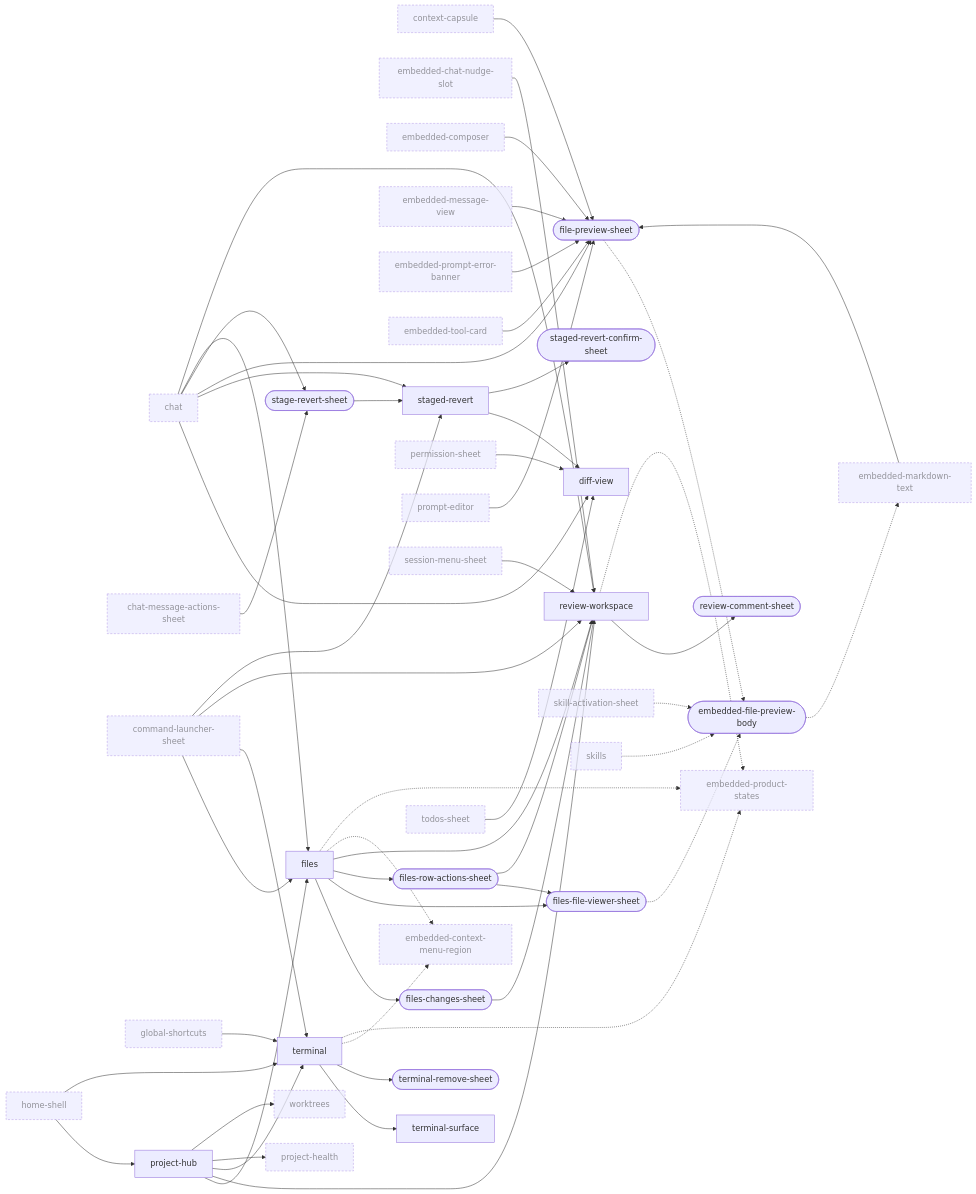
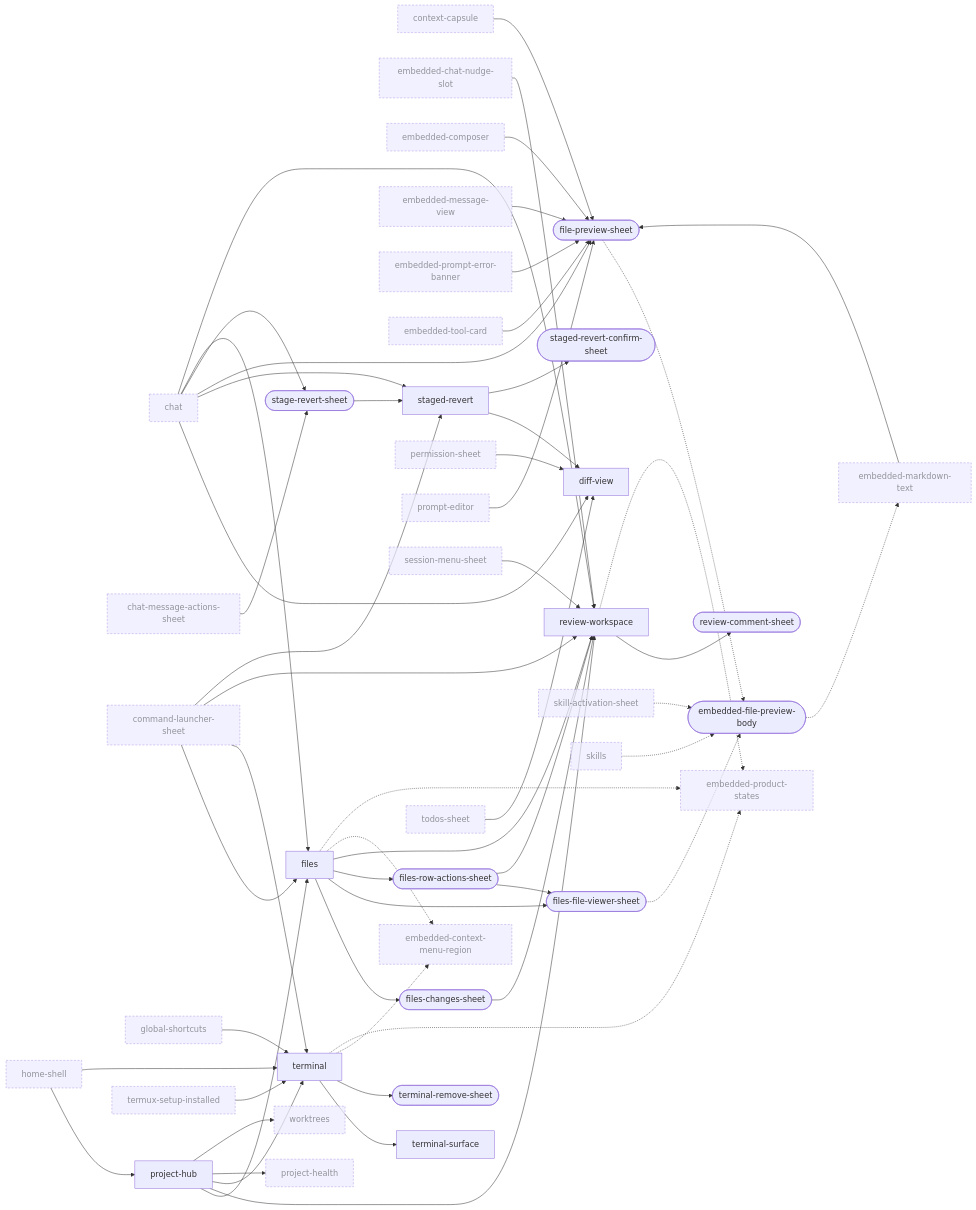
Before and after one commit to Breskott/opencode-mobile-next: the fourth of 10 diagrams in docs/design/ui-ledger/navigation.md, drawn with Mermaid. The commit also changed other lines of this file and 106 other files, not shown here.

```diff
--- a/docs/design/ui-ledger/navigation.md
+++ b/docs/design/ui-ledger/navigation.md
@@ -622,6 +621,7 @@
   terminal["terminal"]
   terminal_remove_sheet(["terminal-remove-sheet"])
   terminal_surface["terminal-surface"]
+  termux_setup_installed["termux-setup-installed"]:::ext
   todos_sheet["todos-sheet"]:::ext
   worktrees["worktrees"]:::ext
   home_shell --> project_hub
@@ -662,6 +662,7 @@
   stage_revert_sheet --> staged_revert
   staged_revert --> diff_view
   staged_revert --> staged_revert_confirm_sheet
+  termux_setup_installed --> terminal
   context_capsule --> file_preview_sheet
   files -.-> embedded_context_menu_region
   terminal -.-> embedded_context_menu_region
```
